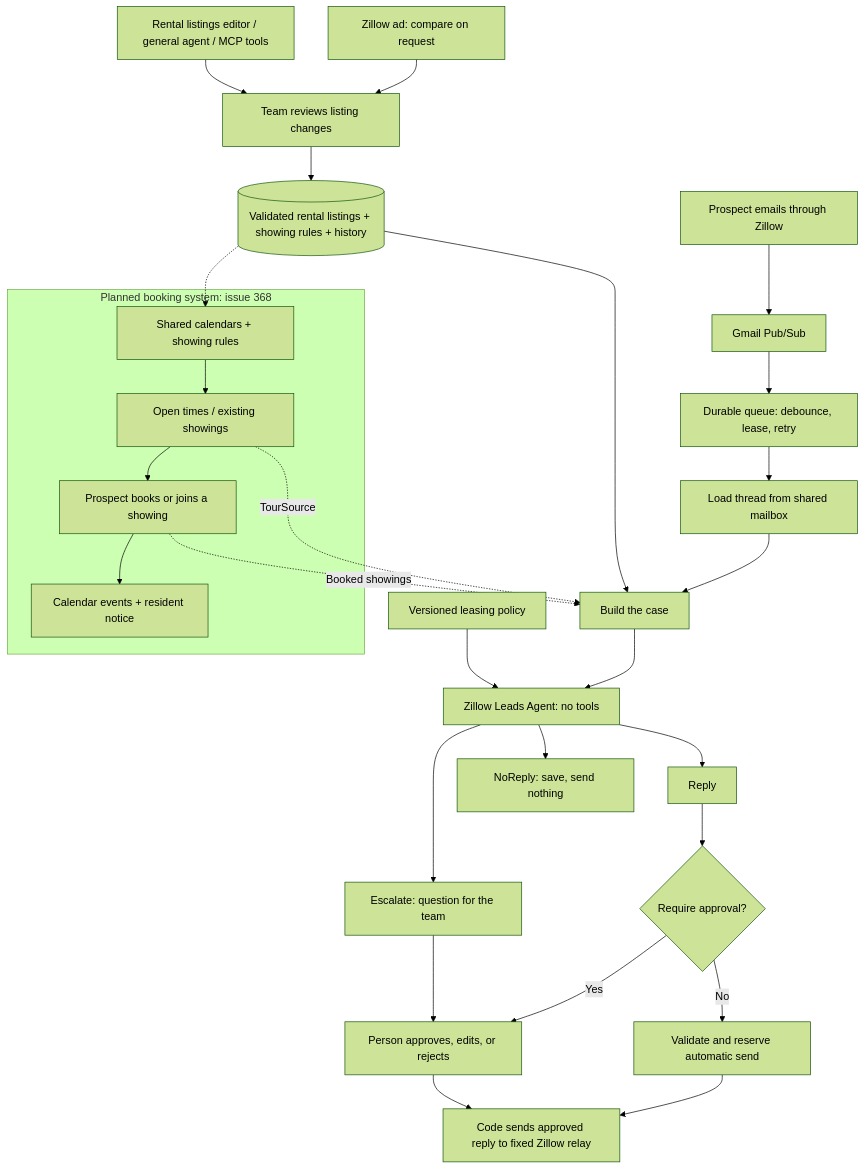
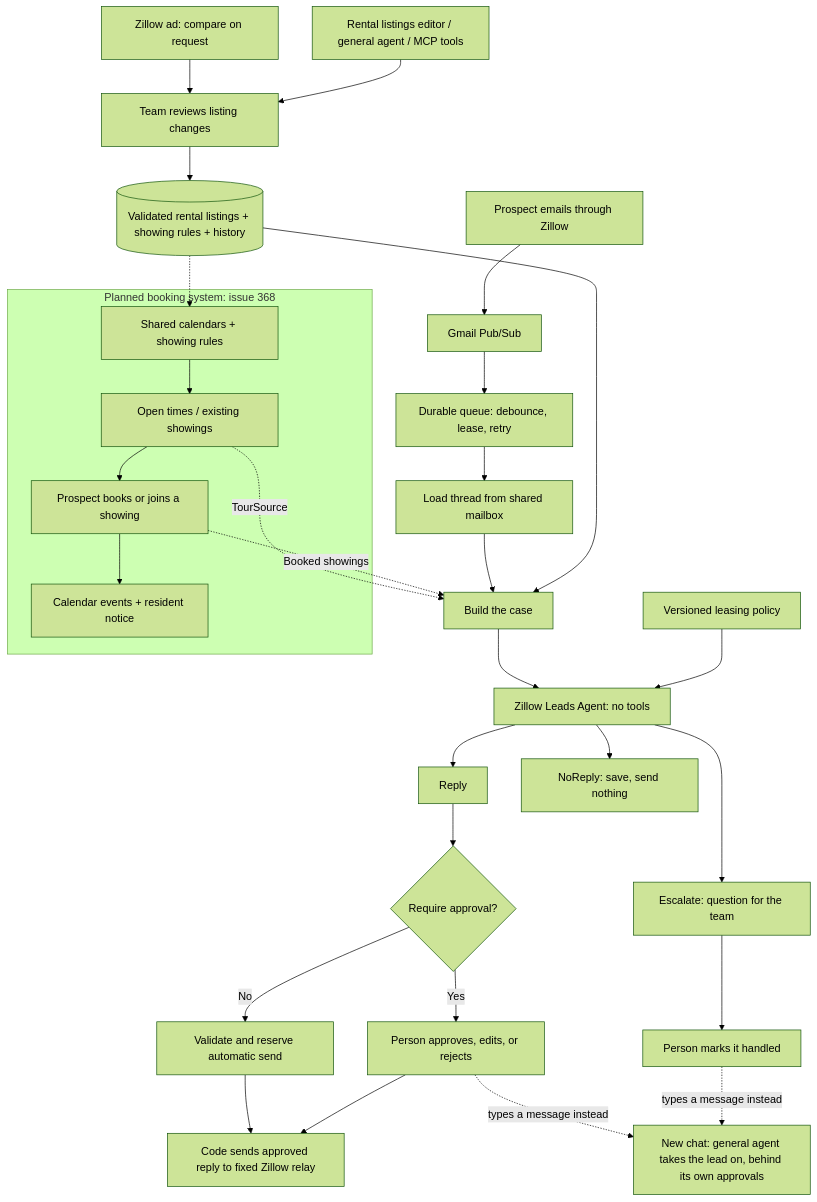
Before and after one commit to EmilioEsposito/portfolio: the first of 2 diagrams in api/src/zillow_leads/README.md, drawn with Mermaid (forest theme). The commit also changed other lines of this file and 16 other files, not shown here.

First line of the commit message:
Let a person hand a Zillow lead to Sernia AI, and stop calling an escalation an approval

````diff
--- a/api/src/zillow_leads/README.md
+++ b/api/src/zillow_leads/README.md
@@ -25,30 +25,32 @@
 ```mermaid
 flowchart TD
     AD[Zillow ad: compare on request] --> REVIEW[Team reviews listing changes]
     EDIT[Rental listings editor / general agent / MCP tools] --> REVIEW
     REVIEW --> DATA[(Validated rental listings + showing rules + history)]
     EMAIL[Prospect emails through Zillow] --> GMAIL[Gmail Pub/Sub]
     GMAIL --> QUEUE[Durable queue: debounce, lease, retry]
     QUEUE --> THREAD[Load thread from shared mailbox]
     THREAD --> CASE[Build the case]
     DATA --> CASE
     CASE --> AGENT[Zillow Leads Agent: no tools]
     POLICY[Versioned leasing policy] --> AGENT
     AGENT --> REPLY[Reply]
     AGENT --> QUIET[NoReply: save, send nothing]
     AGENT --> HELP[Escalate: question for the team]
     REPLY --> MODE{Require approval?}
     MODE -->|Yes| APPROVE[Person approves, edits, or rejects]
     MODE -->|No| AUTO[Validate and reserve automatic send]
     AUTO --> SEND
-    HELP --> APPROVE
+    HELP --> TASK[Person marks it handled]
     APPROVE --> SEND[Code sends approved reply to fixed Zillow relay]
+    APPROVE -.->|types a message instead| HANDOFF[New chat: general agent takes the lead on, behind its own approvals]
+    TASK -.->|types a message instead| HANDOFF
     subgraph PLANNED[Planned booking system: issue 368]
         CAL[Shared calendars + showing rules] --> TIMES[Open times / existing showings]
         TIMES --> BOOK[Prospect books or joins a showing]
         BOOK --> EVENTS[Calendar events + resident notice]
     end
     DATA -.-> CAL
     TIMES -. TourSource .-> CASE
     BOOK -. Booked showings .-> CASE
 ```
````
